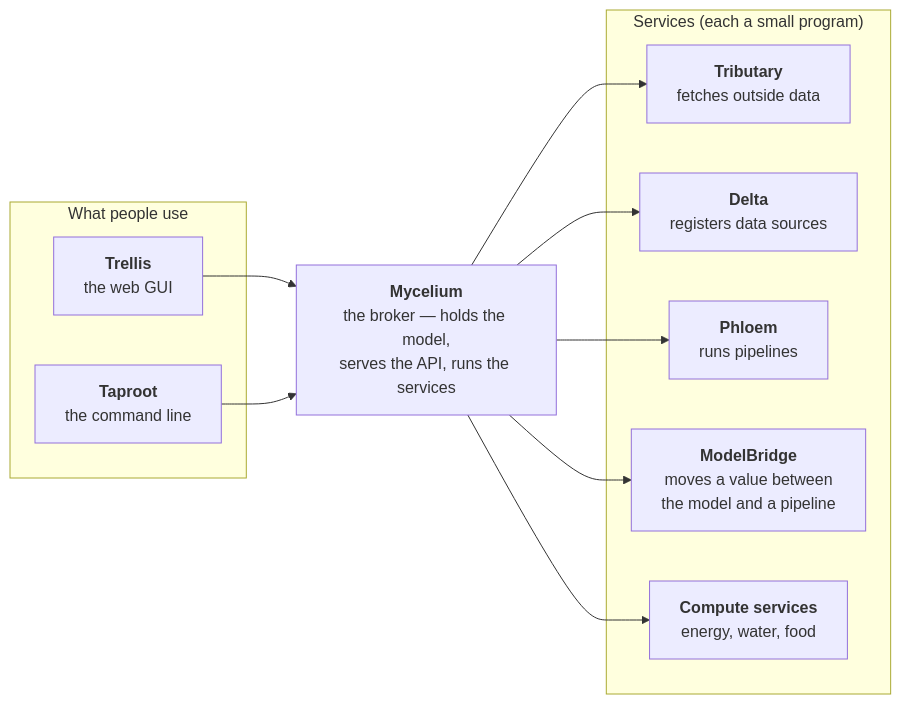
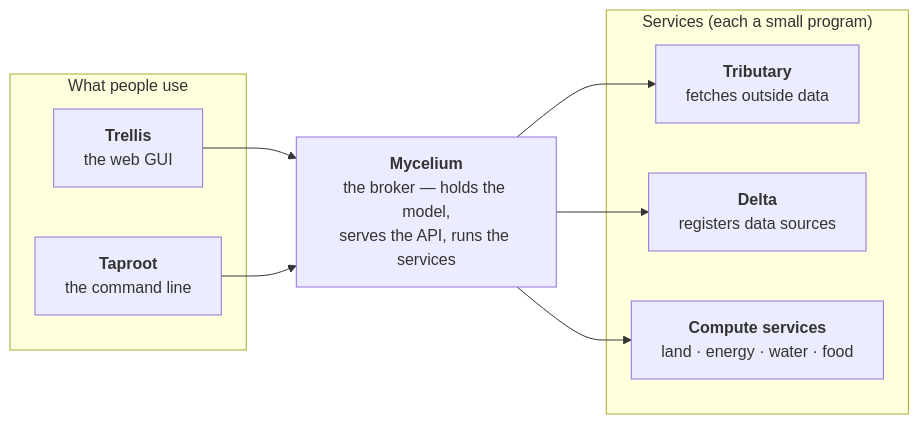
One commit to ReGen-Villages/VillageOS-API changed the first of 10 diagrams in docs/LAND_INTAKE.md. Above: the diagram before and after it, drawn with Mermaid. The commit also changed other lines of this file and 2 other files, not shown here.

First line of the commit message:
docs(#6533): the analysis is started on the study, not by spawning a pipeline

````diff
--- a/docs/LAND_INTAKE.md
+++ b/docs/LAND_INTAKE.md
@@ -100,18 +100,16 @@
 ```mermaid
 flowchart LR
   subgraph client["What people use"]
     T["<b>Trellis</b><br/>the web GUI"]
     TR["<b>Taproot</b><br/>the command line"]
   end
   M["<b>Mycelium</b><br/>the broker — holds the model,<br/>serves the API, runs the services"]
   subgraph svc["Services (each a small program)"]
     TB["<b>Tributary</b><br/>fetches outside data"]
     D["<b>Delta</b><br/>registers data sources"]
-    P["<b>Phloem</b><br/>runs pipelines"]
-    MB["<b>ModelBridge</b><br/>moves a value between<br/>the model and a pipeline"]
-    C["<b>Compute services</b><br/>energy, water, food"]
+    C["<b>Compute services</b><br/>land · energy · water · food"]
   end
   T --> M
   TR --> M
-  M --> TB & D & P & MB & C
+  M --> TB & D & C
 ```
````
